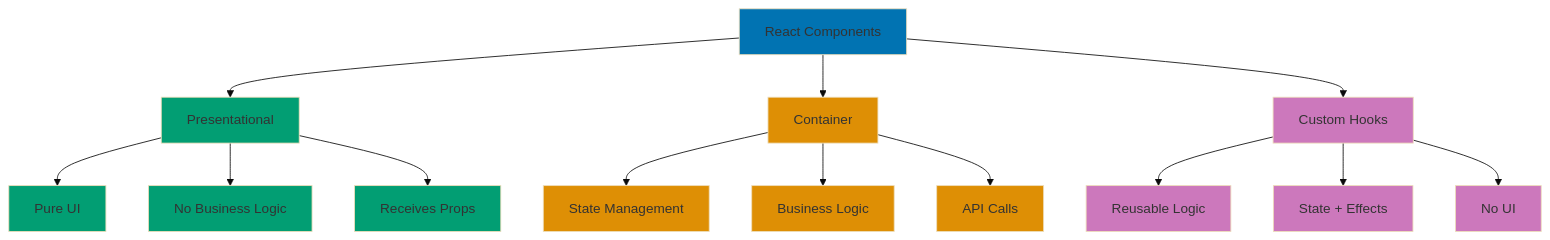
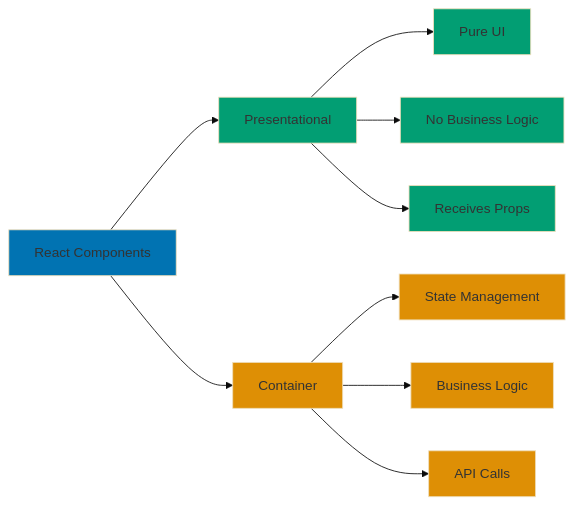
One commit to wahidyankf/open-sharia-enterprise changed the first of 2 diagrams in docs/explanation/software-engineering/platform-web/tools/fe-react/component-architecture.md. Above: the diagram before and after it, drawn with Mermaid (base theme). The commit also changed other lines of this file and 22 other files, not shown here.

First line of the commit message:
fix(docs): fix mermaid violations in platform-web docs

````diff
--- a/docs/explanation/software-engineering/platform-web/tools/fe-react/component-architecture.md
+++ b/docs/explanation/software-engineering/platform-web/tools/fe-react/component-architecture.md
@@ -45,35 +47,26 @@
 ```mermaid
 %% Color Palette: Blue #0173B2, Orange #DE8F05, Teal #029E73, Purple #CC78BC
 %% All colors are color-blind friendly and meet WCAG AA contrast standards
 
-graph TD
+graph LR
     A[React Components] --> B[Presentational]
     A --> C[Container]
-    A --> D[Custom Hooks]
 
     B --> E[Pure UI]
     B --> F[No Business Logic]
     B --> G[Receives Props]
 
     C --> H[State Management]
     C --> I[Business Logic]
     C --> J[API Calls]
 
-    D --> K[Reusable Logic]
-    D --> L[State + Effects]
-    D --> M[No UI]
-
     style A fill:#0173B2
     style B fill:#029E73
     style C fill:#DE8F05
-    style D fill:#CC78BC
     style E fill:#029E73
     style F fill:#029E73
     style G fill:#029E73
     style H fill:#DE8F05
     style I fill:#DE8F05
     style J fill:#DE8F05
-    style K fill:#CC78BC
-    style L fill:#CC78BC
-    style M fill:#CC78BC
 ```
````
